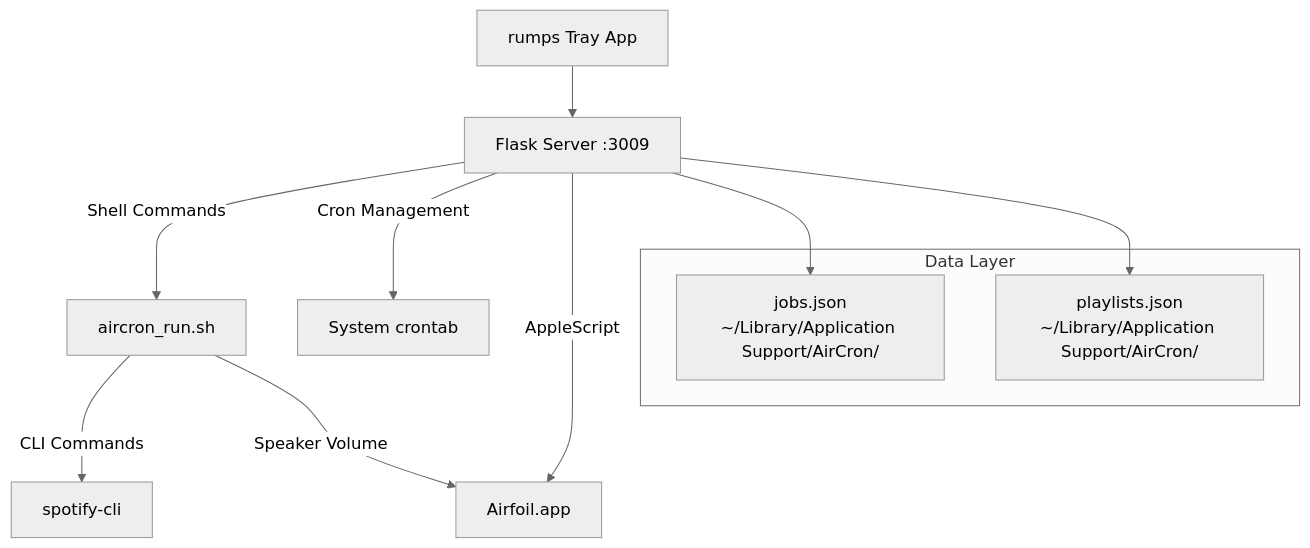
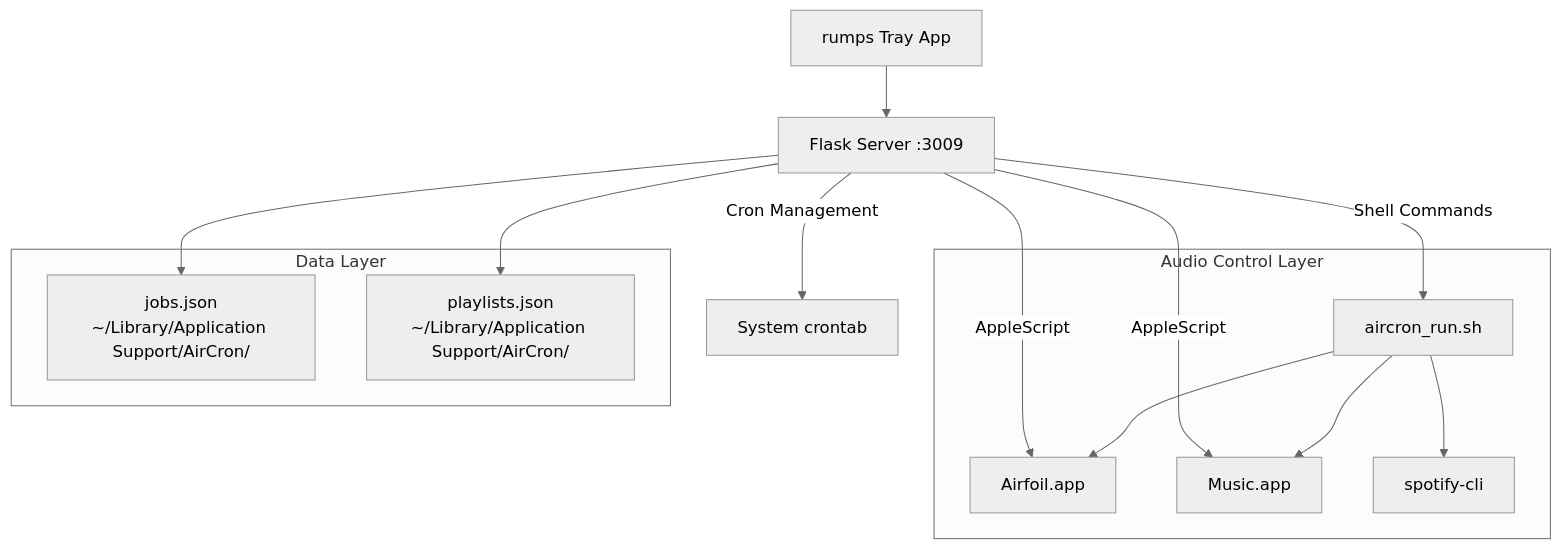
The diagram in README.md (joelshu1/aircron), drawn with Mermaid (neutral theme) before and after one commit. The commit also changed other lines of this file and 41 other files, not shown here.

Commit message:
huge apple music update - now controls both

````diff
--- a/README.md
+++ b/README.md
@@ -30,17 +30,22 @@
 ```mermaid
 flowchart TD
     A[rumps Tray App] --> B[Flask Server :3009]
     B -->|Shell Commands| C[aircron_run.sh]
     B -->|Cron Management| D[System crontab]
     B -->|AppleScript| E[Airfoil.app]
-    C -->|CLI Commands| F[spotify-cli]
-    C -->|Speaker Volume| E
+    B -->|AppleScript| F[Music.app]
+
+    subgraph "Audio Control Layer"
+        C --> G[spotify-cli]
+        C --> E
+        C --> F
+    end
 
     subgraph "Data Layer"
-        G[jobs.json<br/>~/Library/Application Support/AirCron/]
-        H[playlists.json<br/>~/Library/Application Support/AirCron/]
+        H[jobs.json<br/>~/Library/Application Support/AirCron/]
+        I[playlists.json<br/>~/Library/Application Support/AirCron/]
     end
 
-    B --> G
     B --> H
+    B --> I
 ```
````
